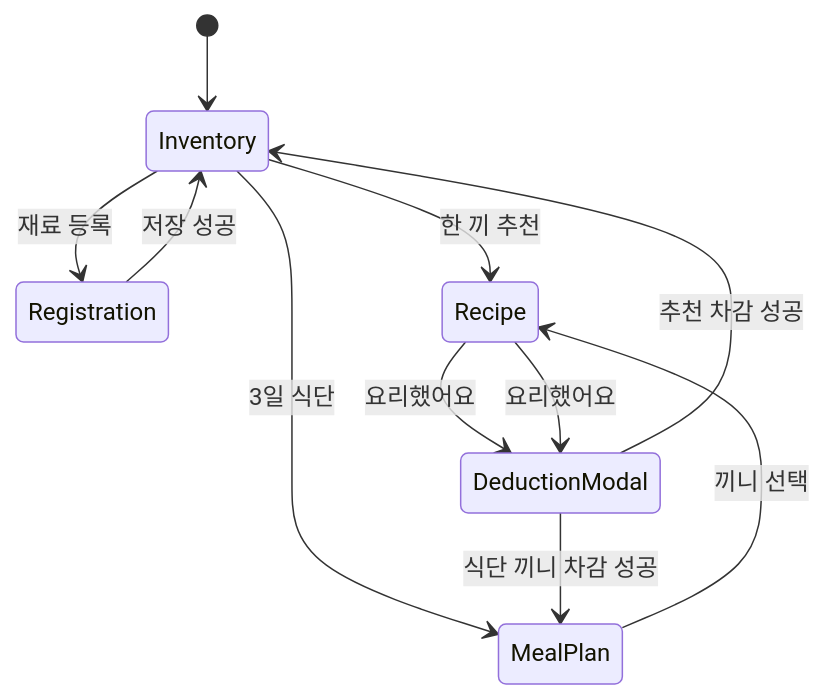
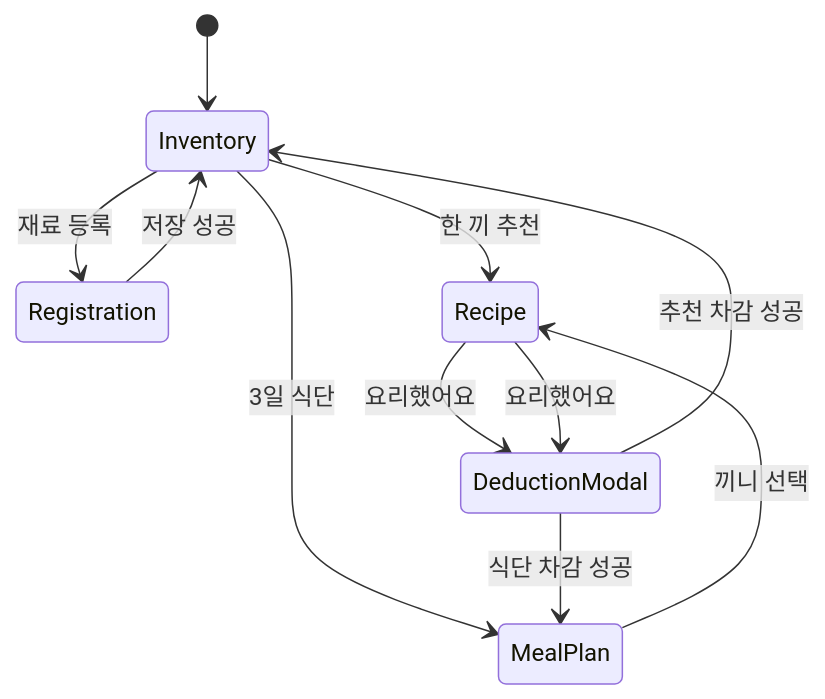
The third of 4 diagrams in .kiro/specs/refrigerator-management-mvp/design.md (haramsong/kirothon-team-015), drawn with Mermaid before and after one commit. The commit also changed other lines of this file and 61 other files, not shown here.

````diff
--- a/.kiro/specs/refrigerator-management-mvp/design.md
+++ b/.kiro/specs/refrigerator-management-mvp/design.md
@@ -99,13 +97,13 @@
 ```mermaid
 stateDiagram-v2
     [*] --> Inventory
     Inventory --> Registration: 재료 등록
     Registration --> Inventory: 저장 성공
     Inventory --> Recipe: 한 끼 추천
     Recipe --> DeductionModal: 요리했어요
     DeductionModal --> Inventory: 추천 차감 성공
     Inventory --> MealPlan: 3일 식단
     MealPlan --> Recipe: 끼니 선택
     Recipe --> DeductionModal: 요리했어요
-    DeductionModal --> MealPlan: 식단 끼니 차감 성공
+    DeductionModal --> MealPlan: 식단 차감 성공
 ```
````
